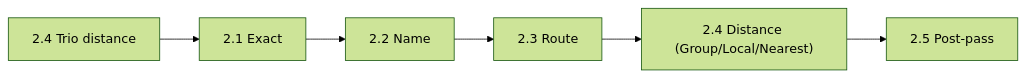
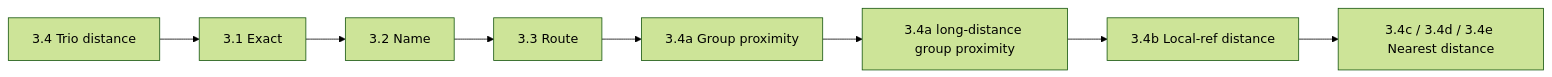
One commit to openTdataCH/stop_sync_osm_atlas changed the third of 4 diagrams in documentation/3. Matching process.md. Above: the diagram before and after it, drawn with Mermaid (forest theme). The commit also changed other lines of this file and 2 other files, not shown here.

````diff
--- a/documentation/3. Matching process.md
+++ b/documentation/3. Matching process.md
@@ -193,4 +193,4 @@
 ```mermaid
 flowchart LR
-    T["2.4 Trio distance"] --> E["2.1 Exact"] --> N["2.2 Name"] --> R["2.3 Route"] --> D["2.4 Distance (Group/Local/Nearest)"] --> P["2.5 Post-pass"]
+    T["3.4 Trio distance"] --> E["3.1 Exact"] --> N["3.2 Name"] --> R["3.3 Route"] --> G["3.4a Group proximity"] --> LG["3.4a long-distance group proximity"] --> L["3.4b Local-ref distance"] --> D["3.4c / 3.4d / 3.4e Nearest distance"]
 ```
````
